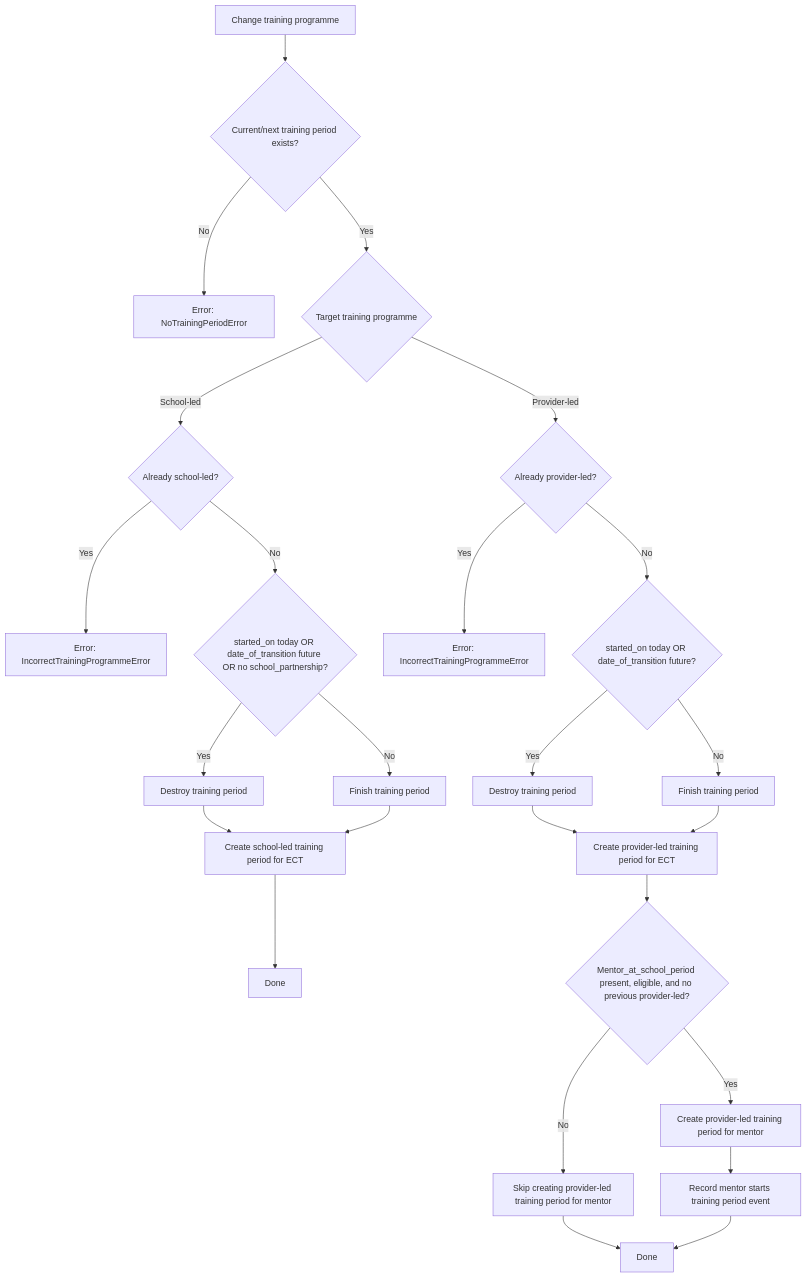
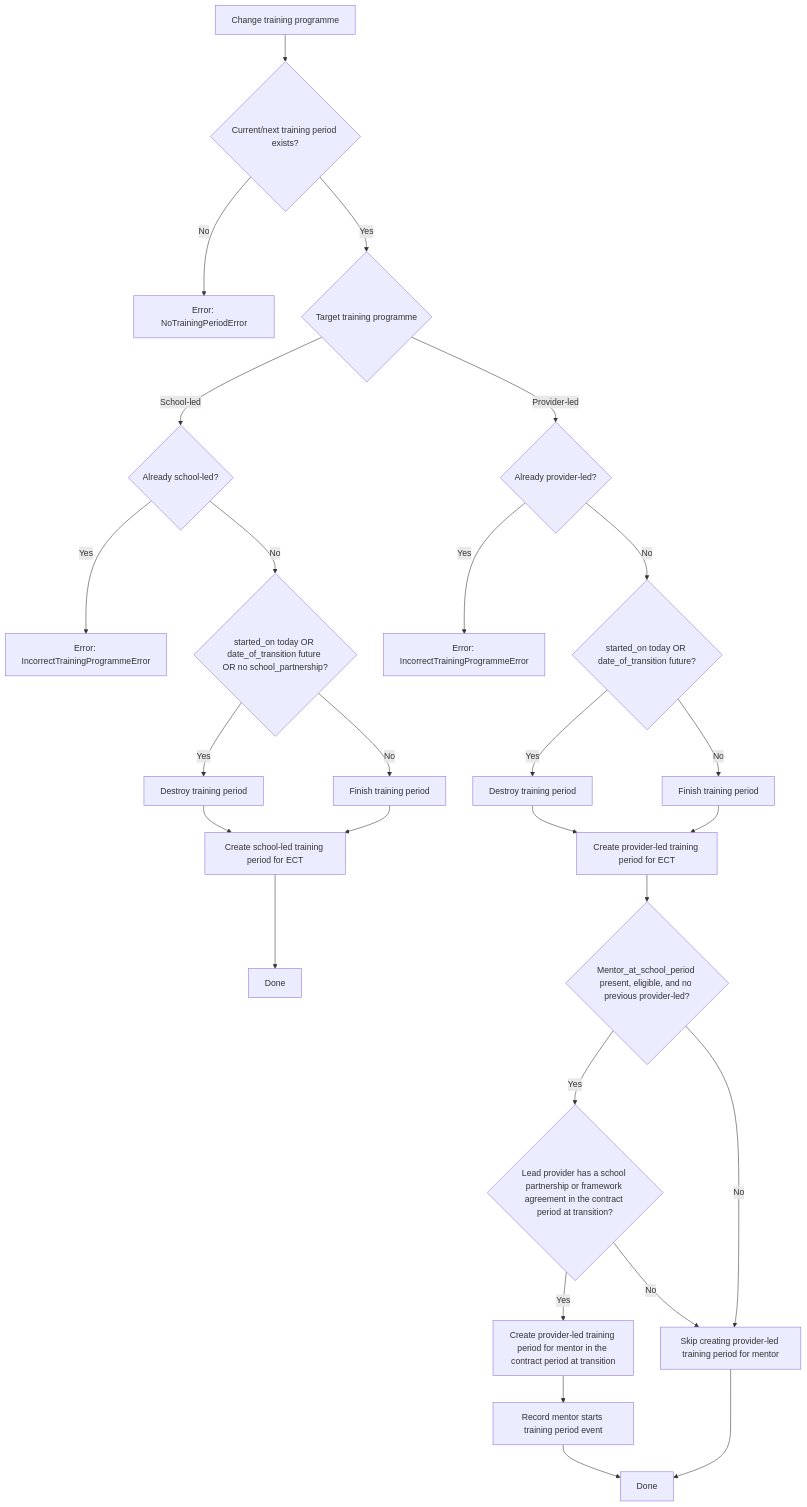
One commit to DFE-Digital/register-early-career-teachers-public changed the diagram in documentation/training_period_logic/training_programme_changes.md. Above: the diagram before and after it, drawn with Mermaid. The commit also changed 2 other files, not shown here.

Commit message:
[4435] Create mentor partnership in current contract period
When an ECT switches from school-led to provider-led training, the
mentor's training period was given the school partnership from the
ECT's contract period but a schedule from the current one. For ECTs
kept in an earlier contract period the two disagreed and the save
failed with a contract period mismatch.

The mentor now gets a partnership, or failing that an expression of
interest, in the contract period at the transition date, and the
schedule is looked up in the same period. If the lead provider has
neither in that period, no mentor training period is created.

````diff
--- a/documentation/training_period_logic/training_programme_changes.md
+++ b/documentation/training_period_logic/training_programme_changes.md
@@ -5,29 +5,31 @@
 ```mermaid
 flowchart TD
   A[Change training programme] --> B{Current/next training period exists?}
   B -- No --> BErr[Error: NoTrainingPeriodError]
   B -- Yes --> C{Target training programme}
 
   C -- School-led --> SL1{Already school-led?}
   SL1 -- Yes --> SLErr[Error: IncorrectTrainingProgrammeError]
   SL1 -- No --> SL2{started_on today OR date_of_transition future OR no school_partnership?}
   SL2 -- Yes --> SL3[Destroy training period]
   SL2 -- No --> SL4[Finish training period]
   SL3 --> SL5[Create school-led training period for ECT]
   SL4 --> SL5
   SL5 --> SLDone[Done]
 
   C -- Provider-led --> PL1{Already provider-led?}
   PL1 -- Yes --> PLErr[Error: IncorrectTrainingProgrammeError]
   PL1 -- No --> PL2{started_on today OR date_of_transition future?}
   PL2 -- Yes --> PL3[Destroy training period]
   PL2 -- No --> PL4[Finish training period]
   PL3 --> PL5[Create provider-led training period for ECT]
   PL4 --> PL5
   PL5 --> PL6{Mentor_at_school_period present, eligible, and no previous provider-led?}
-  PL6 -- Yes --> PL7[Create provider-led training period for mentor]
+  PL6 -- Yes --> PL6a{Lead provider has a school partnership or framework agreement in the contract period at transition?}
+  PL6a -- Yes --> PL7[Create provider-led training period for mentor in the contract period at transition]
+  PL6a -- No --> PL8
   PL6 -- No --> PL8[Skip creating provider-led training period for mentor]
   PL7 --> PL9[Record mentor starts training period event]
   PL8 --> PLDone[Done]
   PL9 --> PLDone
 ```
````
